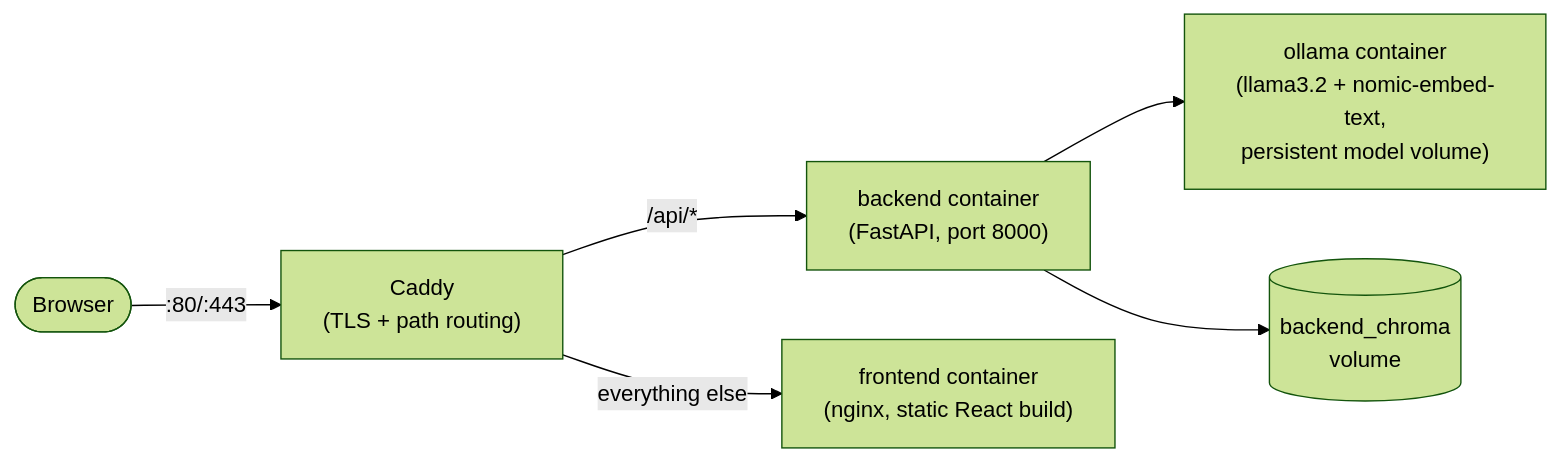
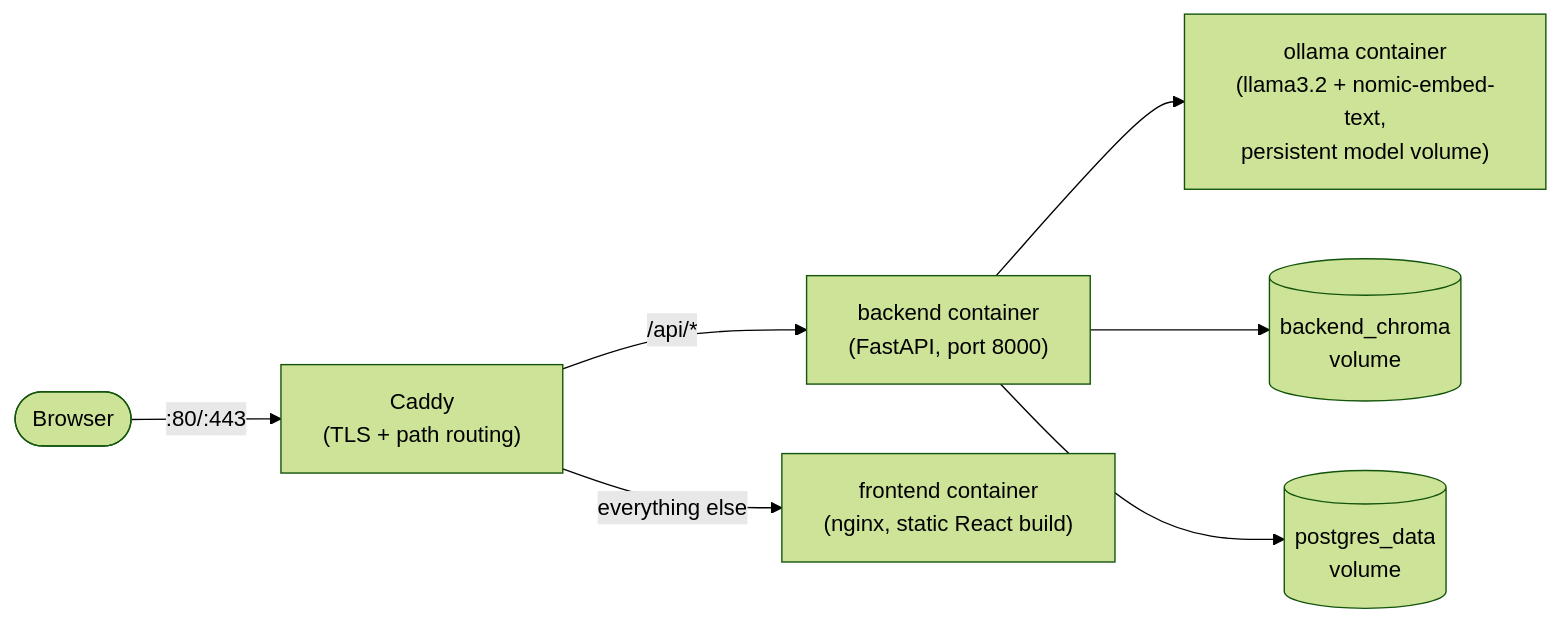
One commit to SRIAIAC/AIMEDICALRESEARCHASSISTANT changed diagram 15 of 15 in ARCHITECTURE.md. Above: the diagram before and after it, drawn with Mermaid (forest theme). The commit also changed other lines of this file and 16 other files, not shown here.

````diff
--- a/ARCHITECTURE.md
+++ b/ARCHITECTURE.md
@@ -512,8 +533,9 @@
 ```mermaid
 flowchart LR
     Browser(["Browser"]) -->|":80/:443"| Caddy["Caddy\n(TLS + path routing)"]
     Caddy -->|"/api/*"| Backend["backend container\n(FastAPI, port 8000)"]
     Caddy -->|"everything else"| Frontend["frontend container\n(nginx, static React build)"]
     Backend --> Ollama["ollama container\n(llama3.2 + nomic-embed-text,\npersistent model volume)"]
     Backend --> ChromaVol[("backend_chroma\nvolume")]
+    Backend --> PgVol[("postgres_data\nvolume")]
 ```
````
